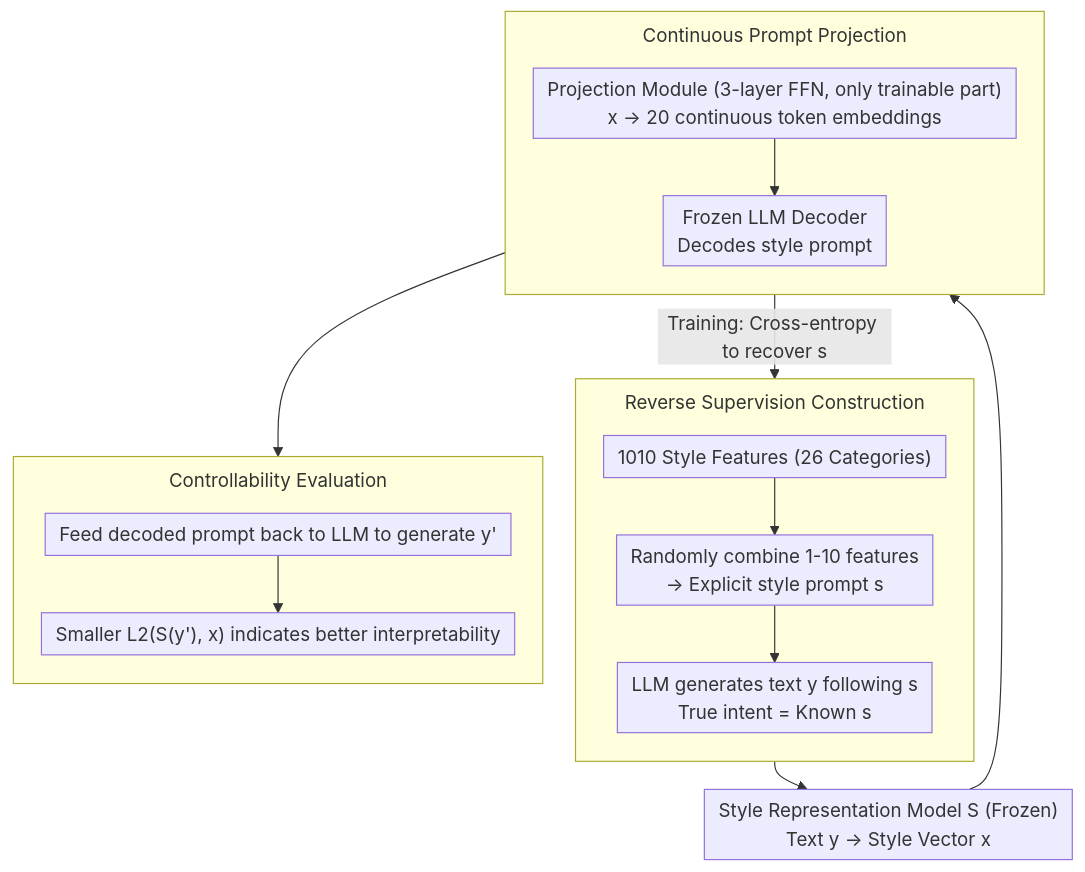
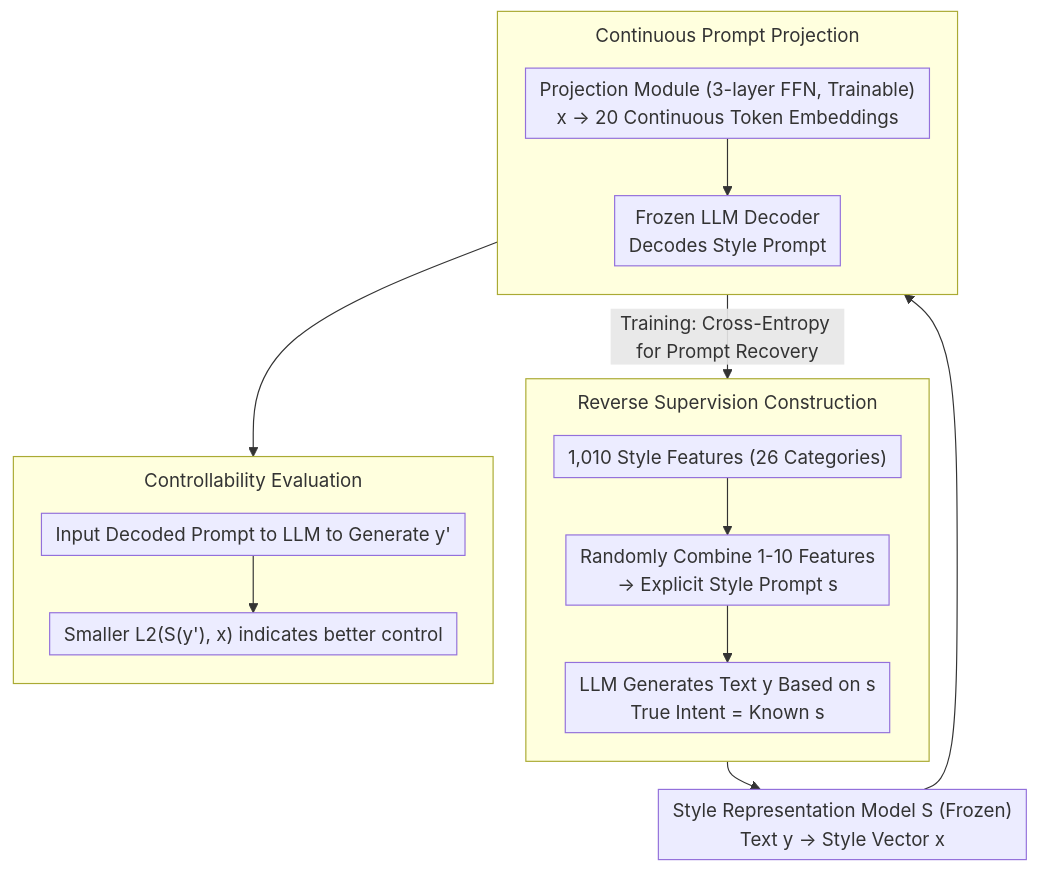
One commit to zhaoyang97/Paper-Notes-en changed the diagram in docs/ACL2026/interpretability/interpreting_style_representations_via_style-eliciting_prompts.md. Above: the diagram before and after it, drawn with Mermaid. The commit also changed other lines of this file and 5084 other files, not shown here.

````diff
--- a/docs/ACL2026/interpretability/interpreting_style_representations_via_style-eliciting_prompts.md
+++ b/docs/ACL2026/interpretability/interpreting_style_representations_via_style-eliciting_prompts.md
@@ -45,21 +45,21 @@
 ```mermaid
 %%{init: {'flowchart': {'rankSpacing': 24, 'nodeSpacing': 28, 'padding': 6, 'wrappingWidth': 400, 'subGraphTitleMargin': {'top': 8, 'bottom': 16}}}}%%
 flowchart TD
     subgraph D1["Reverse Supervision Construction"]
         direction TB
-        A["1010 Style Features (26 Categories)"] --> B["Randomly combine 1-10 features<br/>→ Explicit style prompt s"]
-        B --> C["LLM generates text y following s<br/>True intent = Known s"]
+        A["1,010 Style Features (26 Categories)"] --> B["Randomly Combine 1-10 Features<br/>→ Explicit Style Prompt s"]
+        B --> C["LLM Generates Text y Based on s<br/>True Intent = Known s"]
     end
     C --> S["Style Representation Model S (Frozen)<br/>Text y → Style Vector x"]
     subgraph D2["Continuous Prompt Projection"]
         direction TB
-        P["Projection Module (3-layer FFN, only trainable part)<br/>x → 20 continuous token embeddings"] --> G["Frozen LLM Decoder<br/>Decodes style prompt"]
+        P["Projection Module (3-layer FFN, Trainable)<br/>x → 20 Continuous Token Embeddings"] --> G["Frozen LLM Decoder<br/>Decodes Style Prompt"]
     end
     S --> P
-    G -->|"Training: Cross-entropy to recover s"| B
+    G -->|"Training: Cross-Entropy for Prompt Recovery"| B
     subgraph D3["Controllability Evaluation"]
         direction TB
-        H["Feed decoded prompt back to LLM to generate y'"] --> L["Smaller L2(S(y'), x) indicates better interpretability"]
+        H["Input Decoded Prompt to LLM to Generate y'"] --> L["Smaller L2(S(y'), x) indicates better control"]
     end
     G --> H
 ```
````
